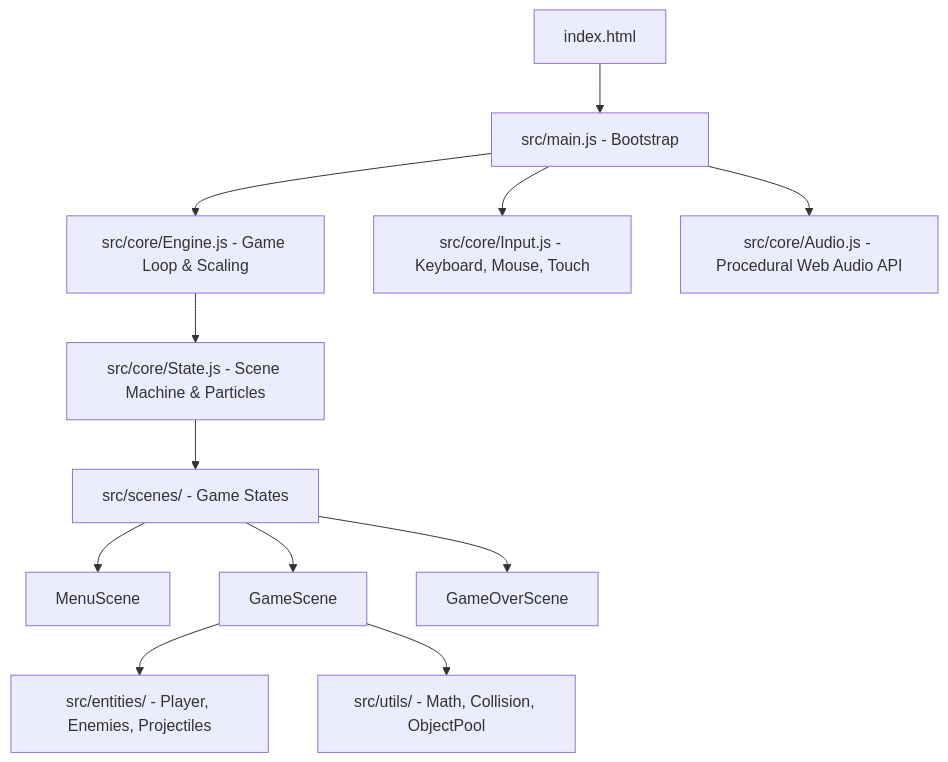
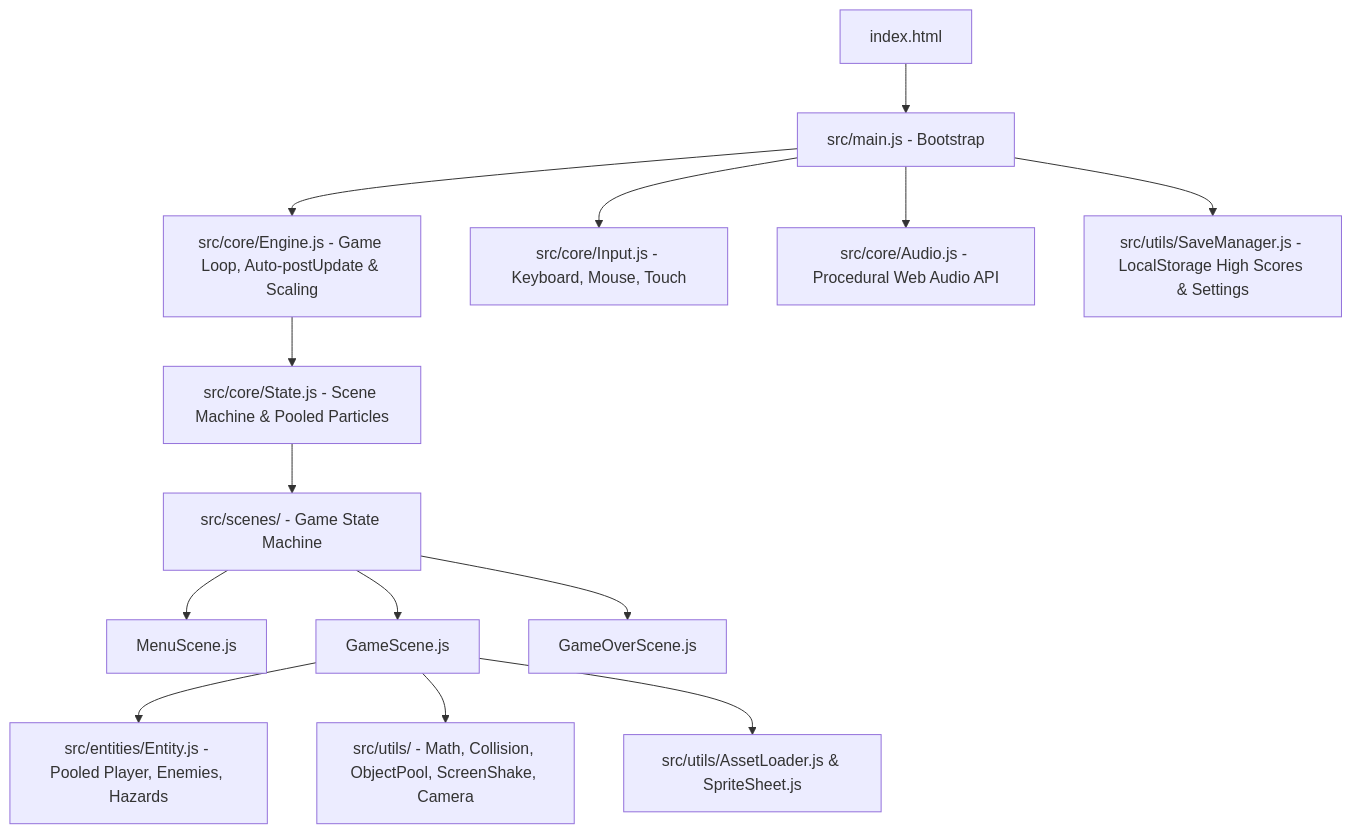
The diagram in .agents/blueprint/ARCHITECTURE.md (Samrude1/Agentic-games-template), drawn with Mermaid before and after one commit. The commit also changed other lines of this file and 37 other files, not shown here.

````diff
--- a/.agents/blueprint/ARCHITECTURE.md
+++ b/.agents/blueprint/ARCHITECTURE.md
@@ -9,14 +9,16 @@
 ```mermaid
 graph TD
     A[index.html] --> B[src/main.js - Bootstrap]
-    B --> C[src/core/Engine.js - Game Loop & Scaling]
+    B --> C[src/core/Engine.js - Game Loop, Auto-postUpdate & Scaling]
     B --> D[src/core/Input.js - Keyboard, Mouse, Touch]
     B --> E[src/core/Audio.js - Procedural Web Audio API]
-    C --> F[src/core/State.js - Scene Machine & Particles]
-    F --> G[src/scenes/ - Game States]
-    G --> H[MenuScene]
-    G --> I[GameScene]
-    G --> J[GameOverScene]
-    I --> K[src/entities/ - Player, Enemies, Projectiles]
-    I --> L[src/utils/ - Math, Collision, ObjectPool]
+    B --> S[src/utils/SaveManager.js - LocalStorage High Scores & Settings]
+    C --> F[src/core/State.js - Scene Machine & Pooled Particles]
+    F --> G[src/scenes/ - Game State Machine]
+    G --> H[MenuScene.js]
+    G --> I[GameScene.js]
+    G --> J[GameOverScene.js]
+    I --> K[src/entities/Entity.js - Pooled Player, Enemies, Hazards]
+    I --> L[src/utils/ - Math, Collision, ObjectPool, ScreenShake, Camera]
+    I --> M[src/utils/AssetLoader.js & SpriteSheet.js]
 ```
````
